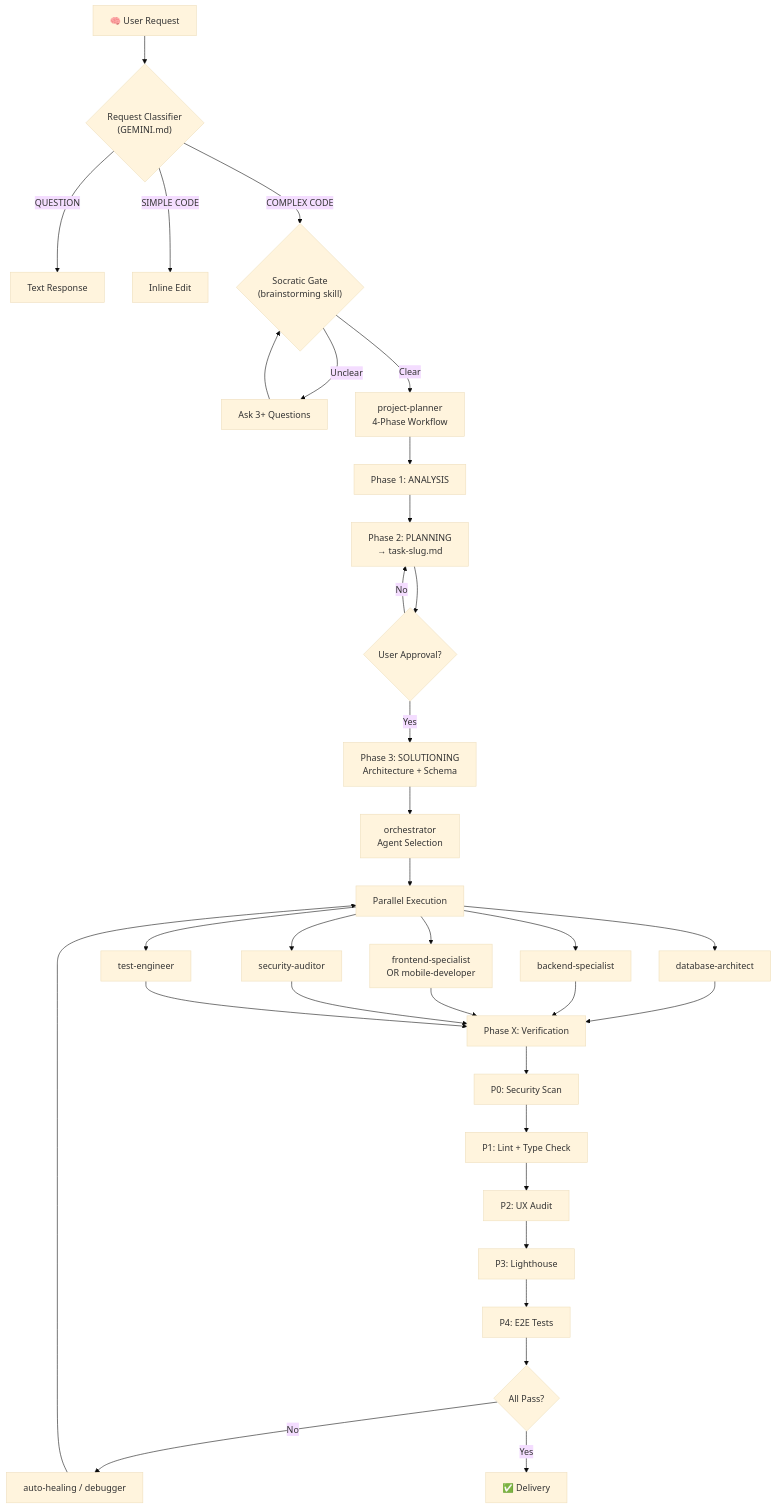
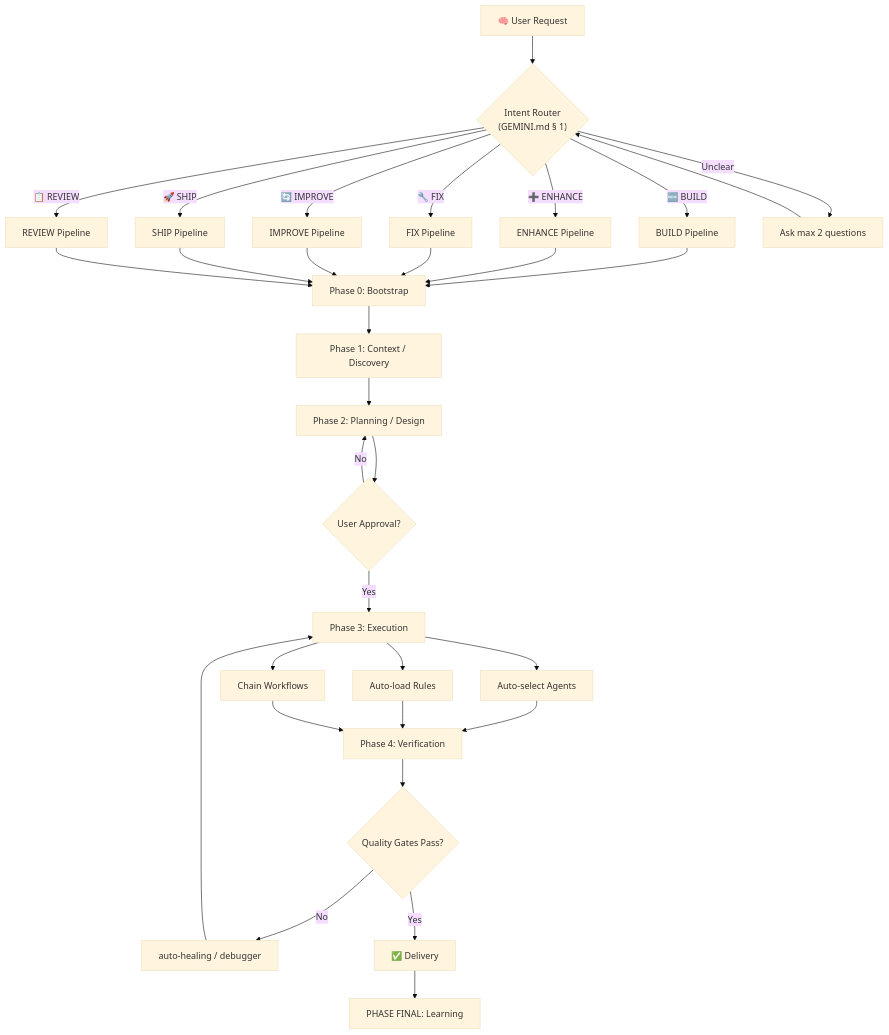
Before and after one commit to tuyenht/Antigravity-Core: the diagram in .agent/ARCHITECTURE.md, drawn with Mermaid (base theme). The commit also changed other lines of this file and 3 other files, not shown here.

First line of the commit message:
fix(architecture): surgical fix - correct counts, remove dead refs, replace v4 mermaid

````diff
--- a/.agent/ARCHITECTURE.md
+++ b/.agent/ARCHITECTURE.md
@@ -232,39 +232,30 @@
 ```mermaid
 graph TD
-    A["🧠 User Request"] --> B{"Request Classifier<br/>(GEMINI.md)"}
-    B -->|QUESTION| C["Text Response"]
-    B -->|SIMPLE CODE| D["Inline Edit"]
-    B -->|COMPLEX CODE| E{"Socratic Gate<br/>(brainstorming skill)"}
-    
-    E -->|Unclear| F["Ask 3+ Questions"]
-    F --> E
-    E -->|Clear| G["project-planner<br/>4-Phase Workflow"]
-    
-    G --> H["Phase 1: ANALYSIS"]
-    H --> I["Phase 2: PLANNING<br/>→ task-slug.md"]
-    I --> J{"User Approval?"}
-    J -->|No| I
-    J -->|Yes| K["Phase 3: SOLUTIONING<br/>Architecture + Schema"]
-    
-    K --> L["orchestrator<br/>Agent Selection"]
-    L --> M["Parallel Execution"]
-    
-    M --> M1["database-architect"]
-    M --> M2["backend-specialist"]
-    M --> M3["frontend-specialist<br/>OR mobile-developer"]
-    M --> M4["security-auditor"]
-    M --> M5["test-engineer"]
-    
-    M1 & M2 & M3 & M4 & M5 --> N["Phase X: Verification"]
-    
-    N --> N1["P0: Security Scan"]
-    N1 --> N2["P1: Lint + Type Check"]
-    N2 --> N3["P2: UX Audit"]
-    N3 --> N4["P3: Lighthouse"]
-    N4 --> N5["P4: E2E Tests"]
-    
-    N5 --> O{"All Pass?"}
-    O -->|No| P["auto-healing / debugger"]
-    P --> M
-    O -->|Yes| Q["✅ Delivery"]
+    A["🧠 User Request"] --> B{"Intent Router<br/>(GEMINI.md § 1)"}
+    B -->|"🆕 BUILD"| C1["BUILD Pipeline"]
+    B -->|"➕ ENHANCE"| C2["ENHANCE Pipeline"]
+    B -->|"🔧 FIX"| C3["FIX Pipeline"]
+    B -->|"🔄 IMPROVE"| C4["IMPROVE Pipeline"]
+    B -->|"🚀 SHIP"| C5["SHIP Pipeline"]
+    B -->|"📋 REVIEW"| C6["REVIEW Pipeline"]
+    B -->|"Unclear"| Q["Ask max 2 questions"]
+    Q --> B
+
+    C1 & C2 & C3 & C4 & C5 & C6 --> D["Phase 0: Bootstrap"]
+    D --> E["Phase 1: Context / Discovery"]
+    E --> F["Phase 2: Planning / Design"]
+    F --> G{"User Approval?"}
+    G -->|"No"| F
+    G -->|"Yes"| H["Phase 3: Execution"]
+
+    H --> H1["Auto-select Agents"]
+    H --> H2["Auto-load Rules"]
+    H --> H3["Chain Workflows"]
+
+    H1 & H2 & H3 --> I["Phase 4: Verification"]
+    I --> J{"Quality Gates Pass?"}
+    J -->|"No"| K["auto-healing / debugger"]
+    K --> H
+    J -->|"Yes"| L["✅ Delivery"]
+    L --> M["PHASE FINAL: Learning"]
 ```
````
